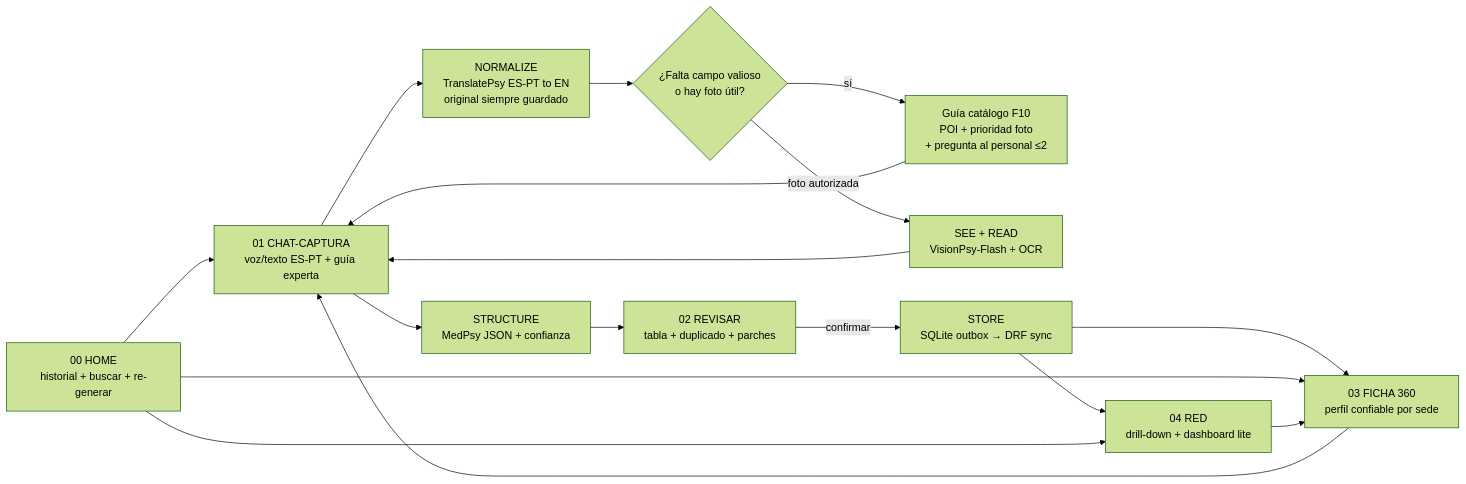
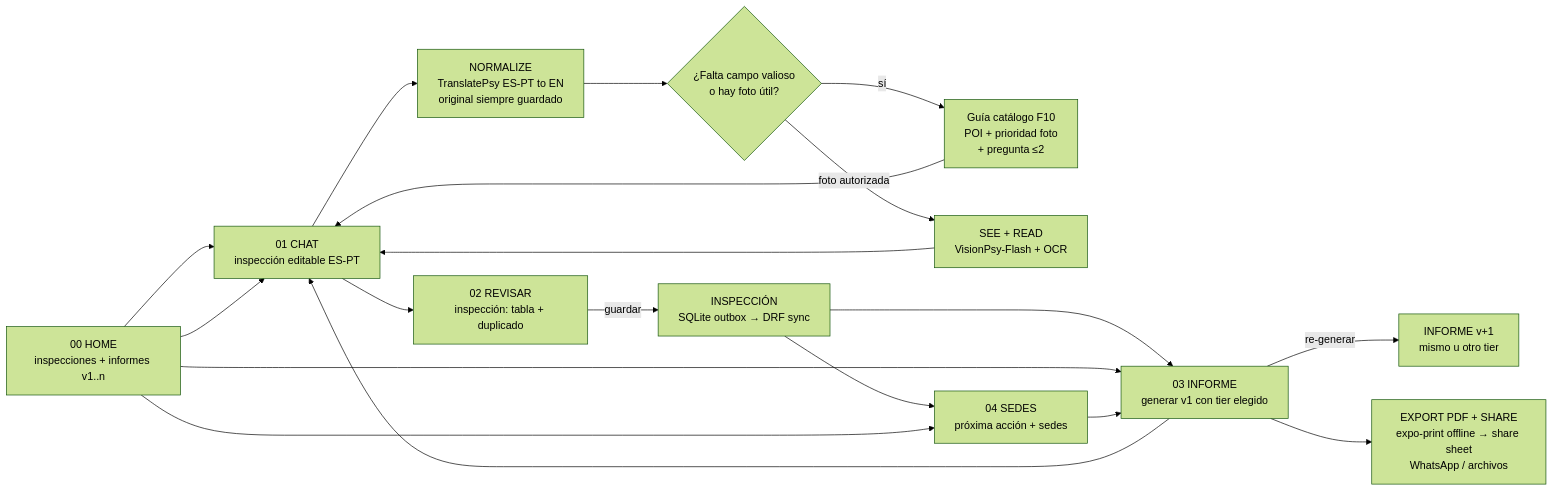
One commit to Proyecto-X-Hackaton/CIBI changed the first of 5 diagrams in docs/ui-ux-plan/APP_FLOW.md. Above: the diagram before and after it, drawn with Mermaid (forest theme). The commit also changed other lines of this file and 7 other files, not shown here.

````diff
--- a/docs/ui-ux-plan/APP_FLOW.md
+++ b/docs/ui-ux-plan/APP_FLOW.md
@@ -8,19 +13,21 @@
 ```mermaid
 flowchart LR
-    H[00 HOME<br/>historial + buscar + re-generar] --> W1[01 CHAT-CAPTURA<br/>voz/texto ES-PT + guía experta]
+    H[00 HOME<br/>inspecciones + informes v1..n] --> W1[01 CHAT<br/>inspección editable ES-PT]
     W1 --> NORM[NORMALIZE<br/>TranslatePsy ES-PT to EN<br/>original siempre guardado]
     NORM --> CHATLOOP{¿Falta campo valioso<br/>o hay foto útil?}
-    CHATLOOP -- sí --> GUIDE[Guía catálogo F10<br/>POI + prioridad foto<br/>+ pregunta al personal ≤2]
+    CHATLOOP -- sí --> GUIDE[Guía catálogo F10<br/>POI + prioridad foto<br/>+ pregunta ≤2]
     GUIDE --> W1
     CHATLOOP -- foto autorizada --> SEEREAD[SEE + READ<br/>VisionPsy-Flash + OCR]
     SEEREAD --> W1
-    W1 --> STRUCT[STRUCTURE<br/>MedPsy JSON + confianza]
-    STRUCT --> R[02 REVISAR<br/>tabla + duplicado + parches]
-    R -->|confirmar| STORE[STORE<br/>SQLite outbox → DRF sync]
-    STORE --> FICHA[03 FICHA 360<br/>perfil confiable por sede]
-    STORE --> RED[04 RED<br/>drill-down + dashboard lite]
-    H --> FICHA
-    H --> RED
-    RED --> FICHA
-    FICHA --> W1
+    W1 --> R[02 REVISAR<br/>inspección: tabla + duplicado]
+    R -->|guardar| INS[INSPECCIÓN<br/>SQLite outbox → DRF sync]
+    INS --> REP[03 INFORME<br/>generar v1 con tier elegido]
+    REP -->|re-generar| REP2[INFORME v+1<br/>mismo u otro tier]
+    REP --> PDF[EXPORT PDF + SHARE<br/>expo-print offline → share sheet<br/>WhatsApp / archivos]
+    INS --> SED[04 SEDES<br/>próxima acción + sedes]
+    H --> REP
+    H --> SED
+    SED --> REP
+    REP --> W1
+    H --> W1
 ```
````
